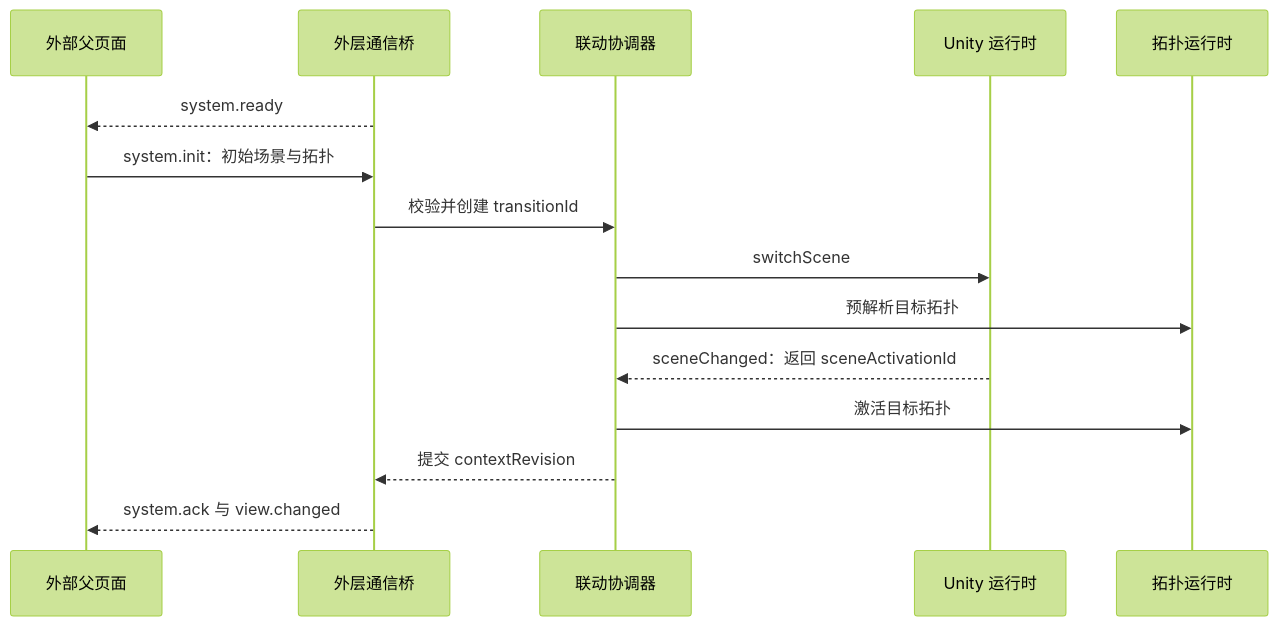
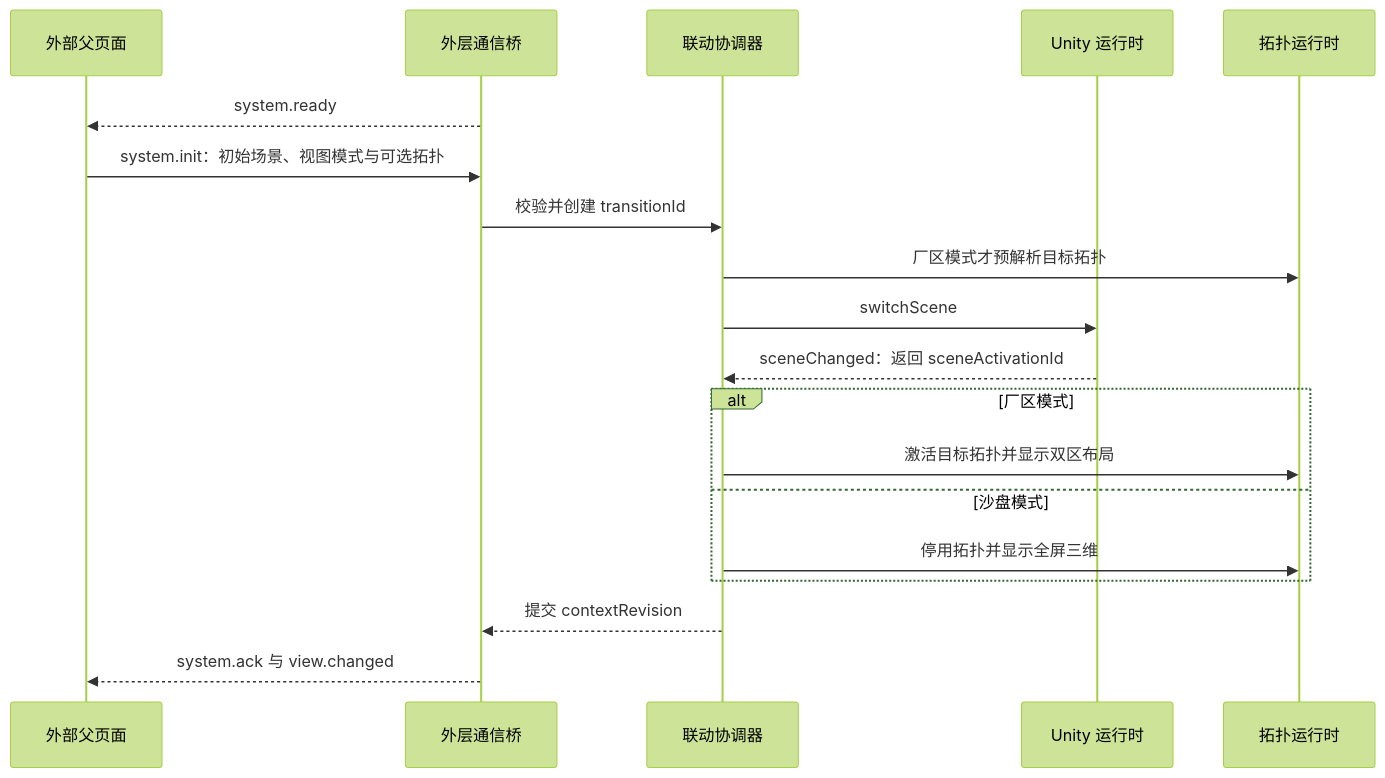
One commit to leyuexiang/WebDLPro changed the second of 4 diagrams in Docs/电力全流程平台-前端架构设计.md. Above: the diagram before and after it, drawn with Mermaid (forest theme). The commit also changed other lines of this file and 5273 other files, not shown here.

````diff
--- a/Docs/电力全流程平台-前端架构设计.md
+++ b/Docs/电力全流程平台-前端架构设计.md
@@ -488,18 +509,22 @@
 ```mermaid
 sequenceDiagram
   participant P as 外部父页面
   participant H as 外层通信桥
   participant C as 联动协调器
   participant U as Unity 运行时
   participant T as 拓扑运行时
 
   H-->>P: system.ready
-  P->>H: system.init：初始场景与拓扑
+  P->>H: system.init：初始场景、视图模式与可选拓扑
   H->>C: 校验并创建 transitionId
+  C->>T: 厂区模式才预解析目标拓扑
   C->>U: switchScene
-  C->>T: 预解析目标拓扑
   U-->>C: sceneChanged：返回 sceneActivationId
-  C->>T: 激活目标拓扑
+  alt 厂区模式
+    C->>T: 激活目标拓扑并显示双区布局
+  else 沙盘模式
+    C->>T: 停用拓扑并显示全屏三维
+  end
   C-->>H: 提交 contextRevision
   H-->>P: system.ack 与 view.changed
 ```
````
